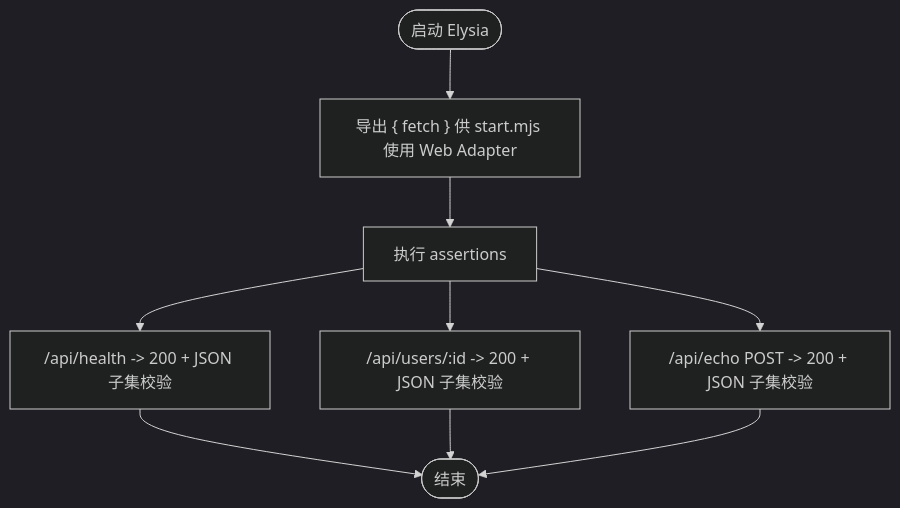
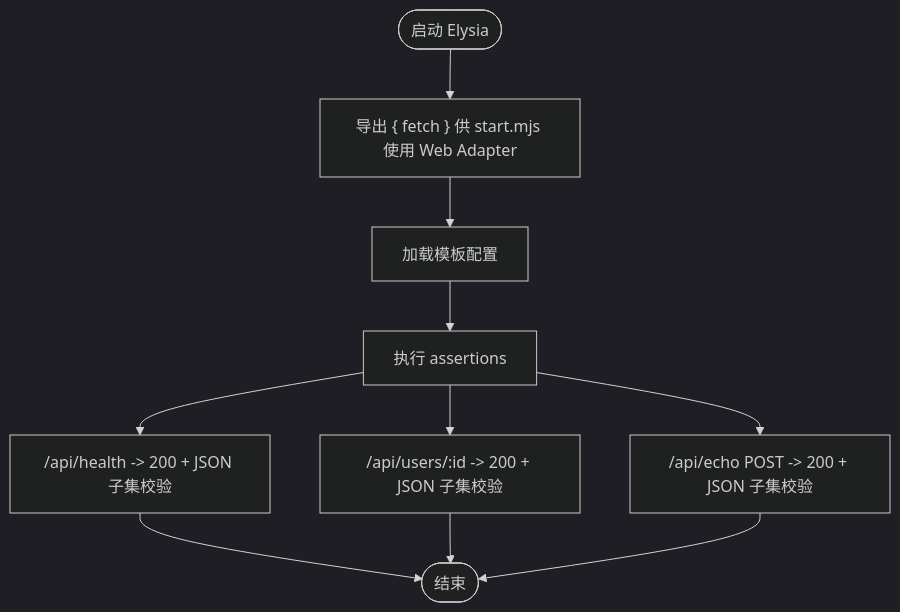
The seventh of 8 diagrams in .qoder/repowiki/zh/content/后端框架测试/后端框架测试套件.md (esa-sp/test-for-aone-ci), drawn with Mermaid (dark theme) before and after one commit. The commit also changed other lines of this file and 58 other files, not shown here.

````diff
--- a/.qoder/repowiki/zh/content/后端框架测试/后端框架测试套件.md
+++ b/.qoder/repowiki/zh/content/后端框架测试/后端框架测试套件.md
@@ -265,11 +341,12 @@
 ```mermaid
 flowchart TD
 Start(["启动 Elysia"]) --> ExportFetch["导出 { fetch } 供 start.mjs 使用 Web Adapter"]
-ExportFetch --> Assert["执行 assertions"]
+ExportFetch --> LoadTemplate["加载模板配置"]
+LoadTemplate --> Assert["执行 assertions"]
 Assert --> Health["/api/health -> 200 + JSON 子集校验"]
 Assert --> Users["/api/users/:id -> 200 + JSON 子集校验"]
 Assert --> Echo["/api/echo POST -> 200 + JSON 子集校验"]
 Health --> End(["结束"])
 Users --> End
 Echo --> End
 ```
````
